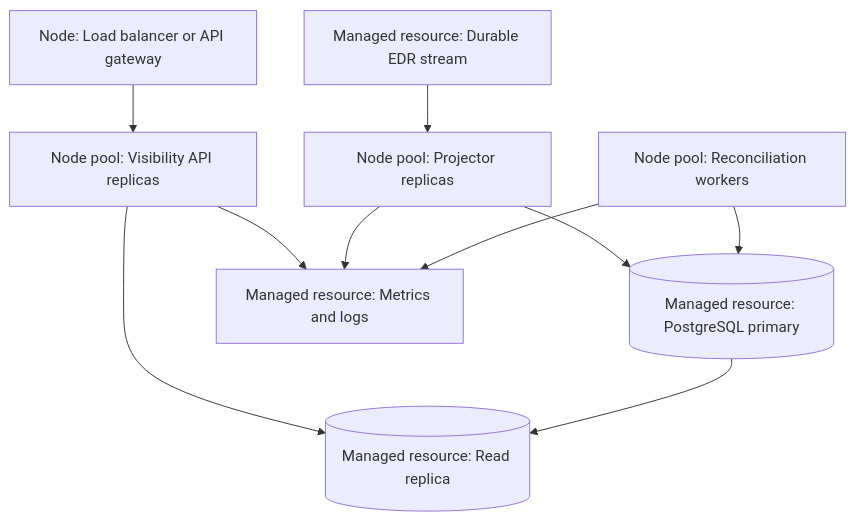
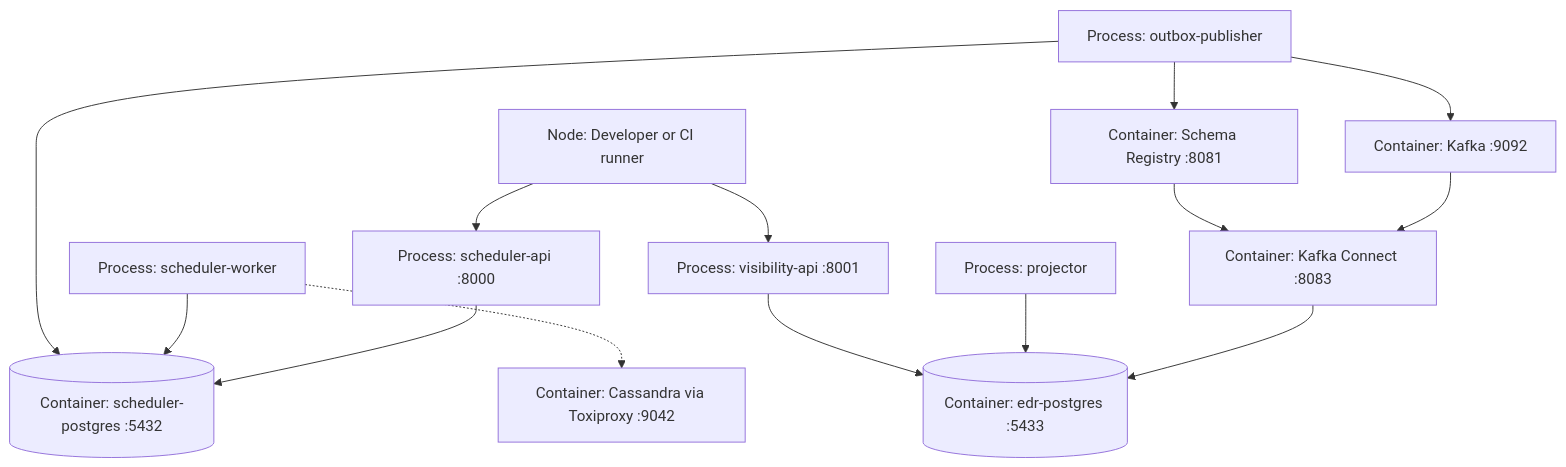
Before and after one commit to spakai/job_scheduling_simulation: diagram 11 of 11 in architecture.md, drawn with Mermaid. The commit also changed other lines of this file and 29 other files, not shown here.

Commit message:
feat: add production API and scheduler runtime

````diff
--- a/architecture.md
+++ b/architecture.md
@@ -348,21 +401,29 @@
 ```mermaid
 flowchart TB
-    gateway["Node: Load balancer or API gateway"]
-    apiPool["Node pool: Visibility API replicas"]
-    projectorPool["Node pool: Projector replicas"]
-    reconcilePool["Node pool: Reconciliation workers"]
-    stream["Managed resource: Durable EDR stream"]
-    postgres[("Managed resource: PostgreSQL primary")]
-    replica[("Managed resource: Read replica")]
-    telemetry["Managed resource: Metrics and logs"]
+    workstation["Node: Developer or CI runner"]
+    schedulerApi["Process: scheduler-api :8000"]
+    visibilityApi["Process: visibility-api :8001"]
+    worker["Process: scheduler-worker"]
+    publisher["Process: outbox-publisher"]
+    projector["Process: projector"]
+    schedulerPg[("Container: scheduler-postgres :5432")]
+    edrPg[("Container: edr-postgres :5433")]
+    kafka["Container: Kafka :9092"]
+    registry["Container: Schema Registry :8081"]
+    connect["Container: Kafka Connect :8083"]
+    cassandra["Container: Cassandra via Toxiproxy :9042"]
 
-    gateway --> apiPool
-    apiPool --> replica
-    stream --> projectorPool
-    projectorPool --> postgres
-    reconcilePool --> postgres
-    postgres --> replica
-    apiPool --> telemetry
-    projectorPool --> telemetry
-    reconcilePool --> telemetry
+    workstation --> schedulerApi
+    workstation --> visibilityApi
+    schedulerApi --> schedulerPg
+    worker --> schedulerPg
+    worker -.-> cassandra
+    publisher --> schedulerPg
+    publisher --> kafka
+    publisher --> registry
+    kafka --> connect
+    registry --> connect
+    connect --> edrPg
+    projector --> edrPg
+    visibilityApi --> edrPg
 ```
````
